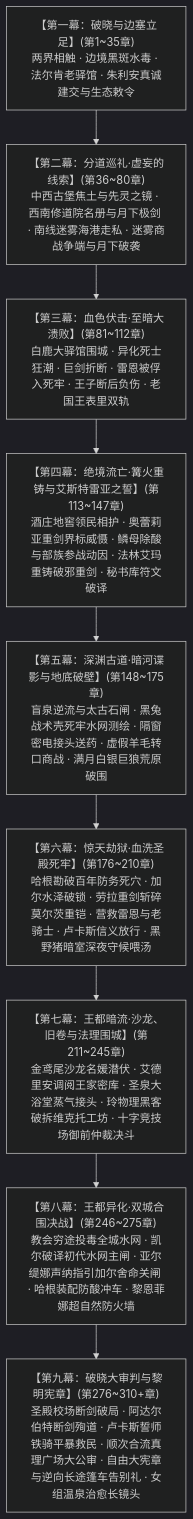
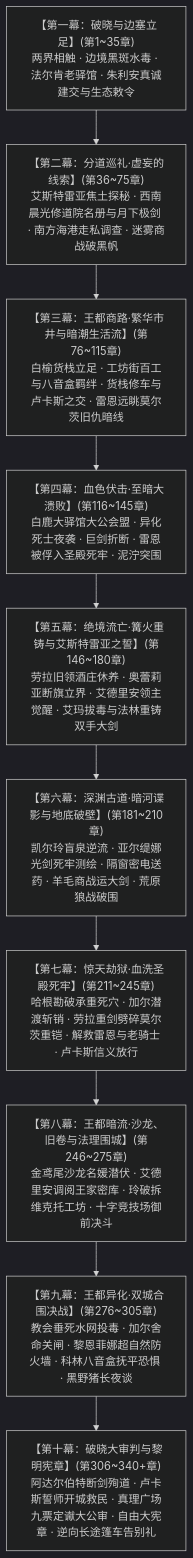
Before and after one commit to soranokiseki1437/eldoria-worldbook: the first of 2 diagrams in 方案/第二部/主线与世界扩充方案/01_宏篇主线演进与阶段规划方案.md, drawn with Mermaid (dark theme). The commit also changed other lines of this file and 31 other files, not shown here.

````diff
--- a/方案/第二部/主线与世界扩充方案/01_宏篇主线演进与阶段规划方案.md
+++ b/方案/第二部/主线与世界扩充方案/01_宏篇主线演进与阶段规划方案.md
@@ -12,14 +12,15 @@
 ```mermaid
 graph TD
     M1["【第一幕：破晓与边塞立足】(第1~35章)<br/>两界相触 · 边境黑斑水毒 · 法尔肯老驿馆 · 朱利安真诚建交与生态敕令"]
-    M2["【第二幕：分道巡礼·虚妄的线索】(第36~80章)<br/>中西古堡焦土与先灵之镜 · 西南修道院名册与月下极剑 · 南线迷雾海港走私 · 迷雾商战争端与月下破袭"]
-    M3["【第三幕：血色伏击·至暗大溃败】(第81~112章)<br/>白鹿大驿馆围城 · 异化死士狂潮 · 巨剑折断 · 雷恩被俘入死牢 · 王子断后负伤 · 老国王表里双轨"]
-    M4["【第四幕：绝境流亡·篝火重铸与艾斯特雷亚之誓】(第113~147章)<br/>酒庄地窖领民相护 · 奥蕾莉亚重剑界标威慑 · 鳞母除酸与部族参战动因 · 法林艾玛重铸破邪重剑 · 秘书库符文破译"]
-    M5["【第五幕：深渊古道·暗河谍影与地底破壁】(第148~175章)<br/>盲泉逆流与太古石闸 · 黑兔战术壳死牢水网测绘 · 隔窗密电接头送药 · 虚假羊毛转口商战 · 满月白银巨狼荒原破围"]
-    M6["【第六幕：惊天劫狱·血洗圣殿死牢】(第176~210章)<br/>哈根勘破百年防务死穴 · 加尔水泽破锁 · 劳拉重剑斩碎莫尔茨重铠 · 营救雷恩与老骑士 · 卢卡斯信义放行 · 黑野猪暗室深夜守候喂汤"]
-    M7["【第七幕：王都暗流·沙龙、旧卷与法理围城】(第211~245章)<br/>金鸢尾沙龙名媛潜伏 · 艾德里安调阅王家密库 · 圣泉大浴堂蒸气接头 · 玲物理黑客破拆维克托工坊 · 十字竞技场御前仲裁决斗"]
-    M8["【第八幕：王都异化·双城合围决战】(第246~275章)<br/>教会穷途投毒全城水网 · 凯尔破译初代水网主闸 · 亚尔缇娜声纳指引加尔舍命关闸 · 哈根装配防酸冲车 · 黎恩菲娜超自然防火墙"]
-    M9["【第九幕：破晓大审判与黎明宪章】(第276~310+章)<br/>圣殿校场断剑破局 · 阿达尔伯特断剑殉道 · 卢卡斯誓师铁骑平暴救民 · 顺次合流真理广场大公审 · 自由大宪章与逆向长途篷车告别礼 · 女组温泉治愈长镜头"]
+    M2["【第二幕：分道巡礼·虚妄的线索】(第36~75章)<br/>艾斯特雷亚焦土探秘 · 西南晨光修道院名册与月下极剑 · 南方海港走私调查 · 迷雾商战破黑帆"]
+    M3["【第三幕：王都商路·繁华市井与暗潮生活流】(第76~115章)<br/>白榆货栈立足 · 工坊街百工与八音盒羁绊 · 货栈修车与卢卡斯之交 · 雷恩远眺莫尔茨旧仇暗线"]
+    M4["【第四幕：血色伏击·至暗大溃败】(第116~145章)<br/>白鹿大驿馆大公会盟 · 异化死士夜袭 · 巨剑折断 · 雷恩被俘入圣殿死牢 · 泥泞突围"]
+    M5["【第五幕：绝境流亡·篝火重铸与艾斯特雷亚之誓】(第146~180章)<br/>劳拉旧领酒庄休养 · 奥蕾莉亚断旗立界 · 艾德里安领主觉醒 · 艾玛拔毒与法林重铸双手大剑"]
+    M6["【第六幕：深渊古道·暗河谍影与地底破壁】(第181~210章)<br/>凯尔玲盲泉逆流 · 亚尔缇娜光剑死牢测绘 · 隔窗密电送药 · 羊毛商战运大剑 · 荒原狼战破围"]
+    M7["【第七幕：惊天劫狱·血洗圣殿死牢】(第211~245章)<br/>哈根勘破承重死穴 · 加尔潜渡斩销 · 劳拉重剑劈碎莫尔茨重铠 · 解救雷恩与老骑士 · 卢卡斯信义放行"]
+    M8["【第八幕：王都暗流·沙龙、旧卷与法理围城】(第246~275章)<br/>金鸢尾沙龙名媛潜伏 · 艾德里安调阅王家密库 · 玲破拆维克托工坊 · 十字竞技场御前决斗"]
+    M9["【第九幕：王都异化·双城合围决战】(第276~305章)<br/>教会垂死水网投毒 · 加尔舍命关闸 · 黎恩菲娜超自然防火墙 · 科林八音盒抚平恐惧 · 黑野猪长夜谈"]
+    M10["【第十幕：破晓大审判与黎明宪章】(第306~340+章)<br/>阿达尔伯特断剑殉道 · 卢卡斯誓师开城救民 · 真理广场九票定谳大公审 · 自由大宪章 · 逆向长途篷车告别礼"]
 
-    M1 --> M2 --> M3 --> M4 --> M5 --> M6 --> M7 --> M8 --> M9
+    M1 --> M2 --> M3 --> M4 --> M5 --> M6 --> M7 --> M8 --> M9 --> M10
 ```
````
